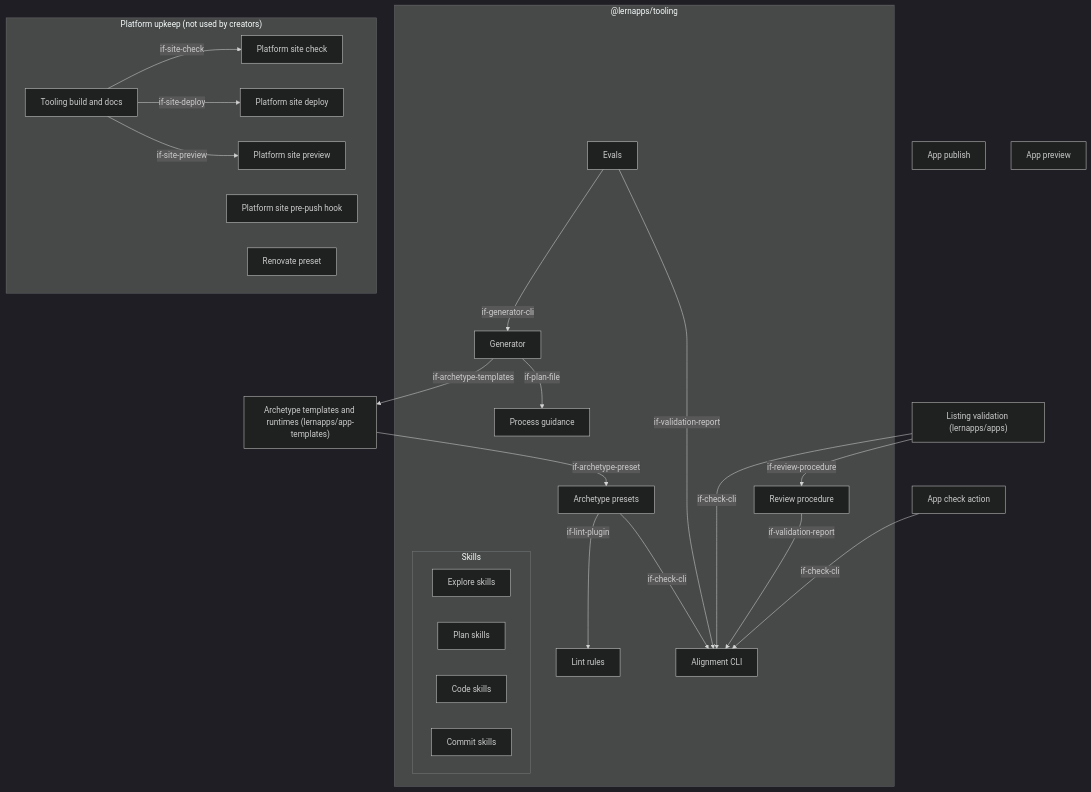
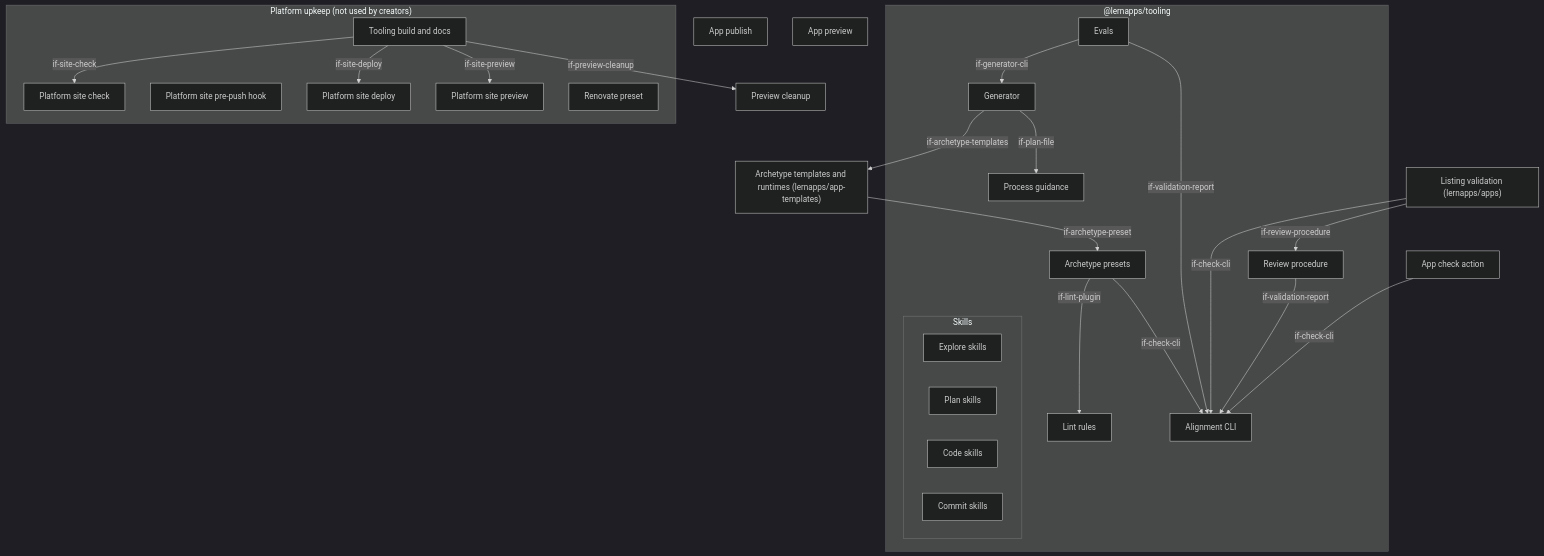
One commit to lernapps/tooling changed the first of 3 diagrams in docs/arc42/05-building-blocks.arc42.md. Above: the diagram before and after it, drawn with Mermaid (dark theme). The commit also changed other lines of this file and 18 other files, not shown here.

````diff
--- a/docs/arc42/05-building-blocks.arc42.md
+++ b/docs/arc42/05-building-blocks.arc42.md
@@ -29,45 +29,47 @@
 ```mermaid
 flowchart TB
     subgraph bb-tooling-package["@lernapps/tooling"]
         bb-process-guidance["Process guidance"]
         subgraph bb-skills["Skills"]
             bb-skills-explore["Explore skills"]
             bb-skills-plan["Plan skills"]
             bb-skills-code["Code skills"]
             bb-skills-commit["Commit skills"]
         end
         bb-generator["Generator"]
         bb-archetypes["Archetype presets"]
         bb-lint-rules["Lint rules"]
         bb-check-cli["Alignment CLI"]
         bb-review-procedure["Review procedure"]
         bb-evals["Evals"]
     end
     bb-app-templates["Archetype templates and runtimes (lernapps/app-templates)"]
     bb-app-check-action["App check action"]
     bb-app-publish["App publish"]
     bb-app-preview["App preview"]
+    bb-preview-cleanup["Preview cleanup"]
     subgraph bb-platform-upkeep["Platform upkeep (not used by creators)"]
         bb-tooling-build["Tooling build and docs"]
         bb-site-check["Platform site check"]
         bb-site-pre-push["Platform site pre-push hook"]
         bb-site-deploy["Platform site deploy"]
         bb-site-preview["Platform site preview"]
         bb-renovate-preset["Renovate preset"]
     end
     bb-listing-validation["Listing validation (lernapps/apps)"]
     bb-generator -->|"if-archetype-templates"| bb-app-templates
     bb-generator -->|"if-plan-file"| bb-process-guidance
     bb-app-templates -->|"if-archetype-preset"| bb-archetypes
     bb-archetypes -->|"if-lint-plugin"| bb-lint-rules
     bb-archetypes -->|"if-check-cli"| bb-check-cli
     bb-app-check-action -->|"if-check-cli"| bb-check-cli
     bb-listing-validation -->|"if-check-cli"| bb-check-cli
     bb-listing-validation -->|"if-review-procedure"| bb-review-procedure
     bb-review-procedure -->|"if-validation-report"| bb-check-cli
     bb-evals -->|"if-generator-cli"| bb-generator
     bb-evals -->|"if-validation-report"| bb-check-cli
     bb-tooling-build -->|"if-site-check"| bb-site-check
     bb-tooling-build -->|"if-site-deploy"| bb-site-deploy
     bb-tooling-build -->|"if-site-preview"| bb-site-preview
+    bb-tooling-build -->|"if-preview-cleanup"| bb-preview-cleanup
 ```
````
